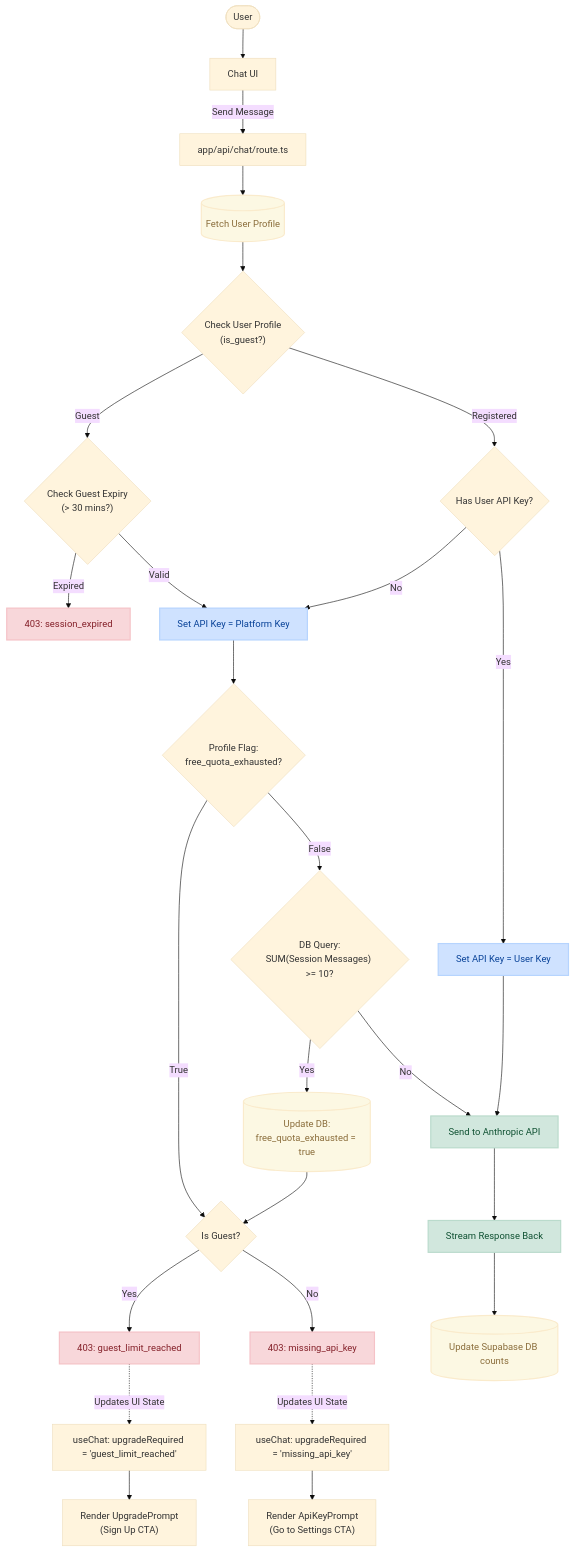
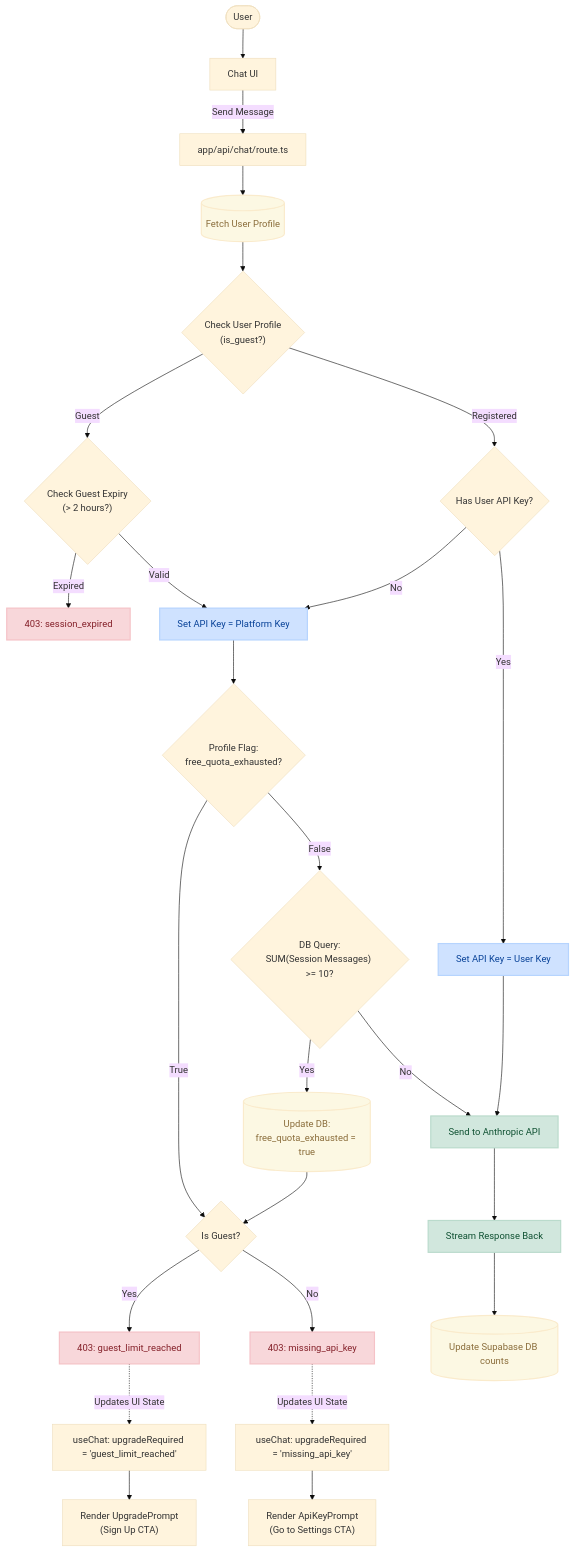
Before and after one commit to seintun/sifu_quest: the third of 3 diagrams in docs/technical/architecture.md, drawn with Mermaid (base theme). The commit also changed other lines of this file and 53 other files, not shown here.

First line of the commit message:
Architecture review: security hardening, code decomposition, and documentation fixes (#53)

````diff
--- a/docs/technical/architecture.md
+++ b/docs/technical/architecture.md
@@ -234,61 +234,61 @@
 ```mermaid
 flowchart TD
     User(["User"]) --> ChatUI["Chat UI"]
     ChatUI --> |Send Message| API_Route["app/api/chat/route.ts"]
     
     API_Route --> FetchProfile[("Fetch User Profile")]
     FetchProfile --> CheckProfile{"Check User Profile
 (is_guest?)"}
     
     %% Guest Flow
     CheckProfile -->|Guest| CheckExpiry{"Check Guest Expiry
-(> 30 mins?)"}
+(> 2 hours?)"}
     CheckExpiry -->|Expired| Error_Expired["403: session_expired"]
     CheckExpiry -->|Valid| SetFreeKey["Set API Key = Platform Key"]
     
     %% Logged-in Flow
     CheckProfile -->|Registered| CheckAppKey{"Has User API Key?"}
     CheckAppKey -->|Yes| SetUserKey["Set API Key = User Key"]
     CheckAppKey -->|No| SetFreeKey
     
     %% Shared Free Key Logic
     SetFreeKey --> CheckQuotaFlag{"Profile Flag:
 free_quota_exhausted?"}
     CheckQuotaFlag -->|True| DetermineLimitError
     CheckQuotaFlag -->|False| LimitCheck{"DB Query:
 SUM(Session Messages) >= 10?"}
     
     LimitCheck -->|Yes| UpdateFlag[("Update DB:
 free_quota_exhausted = true")]
     UpdateFlag --> DetermineLimitError
     
     LimitCheck -->|No| SendToAnthropic
     
     DetermineLimitError{"Is Guest?"}
     DetermineLimitError -->|Yes| Error_GuestLimit["403: guest_limit_reached"]
     DetermineLimitError -->|No| Error_MissingKey["403: missing_api_key"]
     
     %% Success Path
     SetUserKey --> SendToAnthropic
     SendToAnthropic["Send to Anthropic API"] --> StreamResponse["Stream Response Back"]
     StreamResponse --> UpdateDB[("Update Supabase DB counts")]
     
     %% UI Rendering based on Errors
     Error_GuestLimit -.-> |Updates UI State| HookState["useChat: upgradeRequired = 'guest_limit_reached'"]
     Error_MissingKey -.-> |Updates UI State| HookState2["useChat: upgradeRequired = 'missing_api_key'"]
     
     HookState --> RenderUpgrade["Render UpgradePrompt
 (Sign Up CTA)"]
     HookState2 --> RenderApiKey["Render ApiKeyPrompt
 (Go to Settings CTA)"]
 
     classDef error fill:#f8d7da,stroke:#f5c2c7,stroke-width:2px,color:#842029
     classDef success fill:#d1e7dd,stroke:#badbcc,stroke-width:2px,color:#0f5132
     classDef process fill:#cfe2ff,stroke:#b6d4fe,stroke-width:2px,color:#084298
     classDef db fill:#fcf8e3,stroke:#faebcc,stroke-width:2px,color:#8a6d3b
     
     class Error_Expired,Error_GuestLimit,Error_MissingKey error
     class SendToAnthropic,StreamResponse success
     class FetchProfile,UpdateFlag,UpdateDB db
     class SetFreeKey,SetUserKey process
 ```
````
